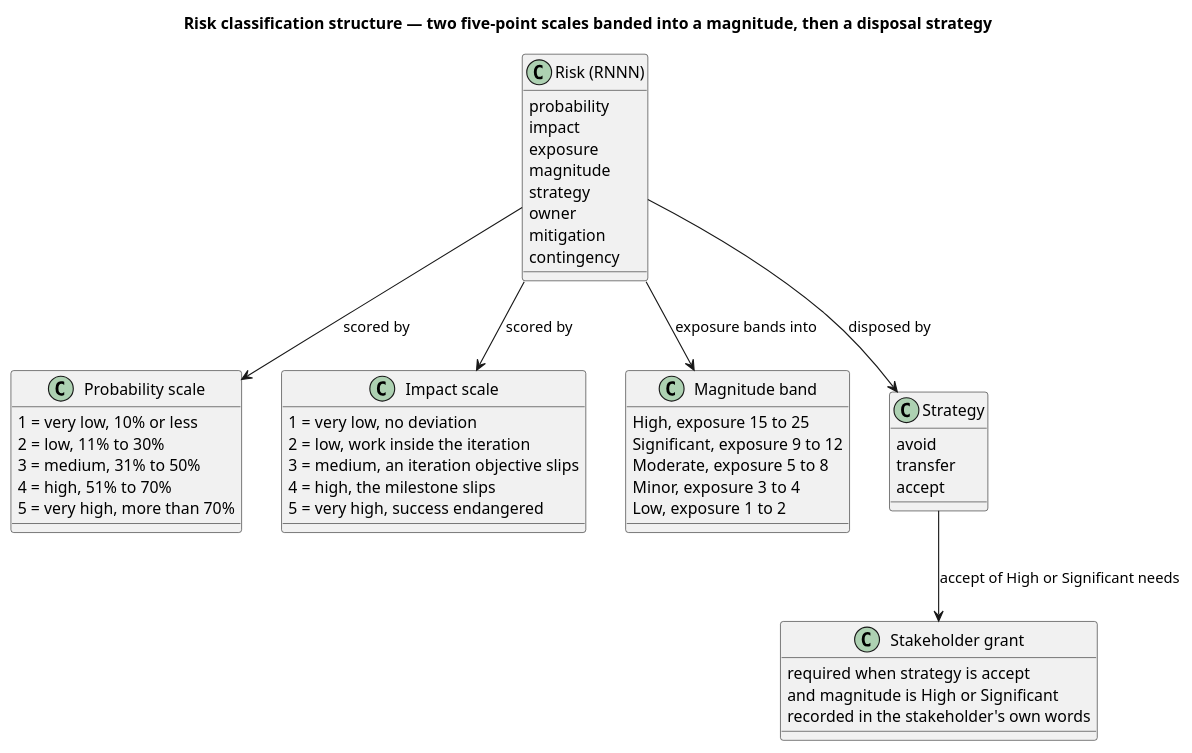
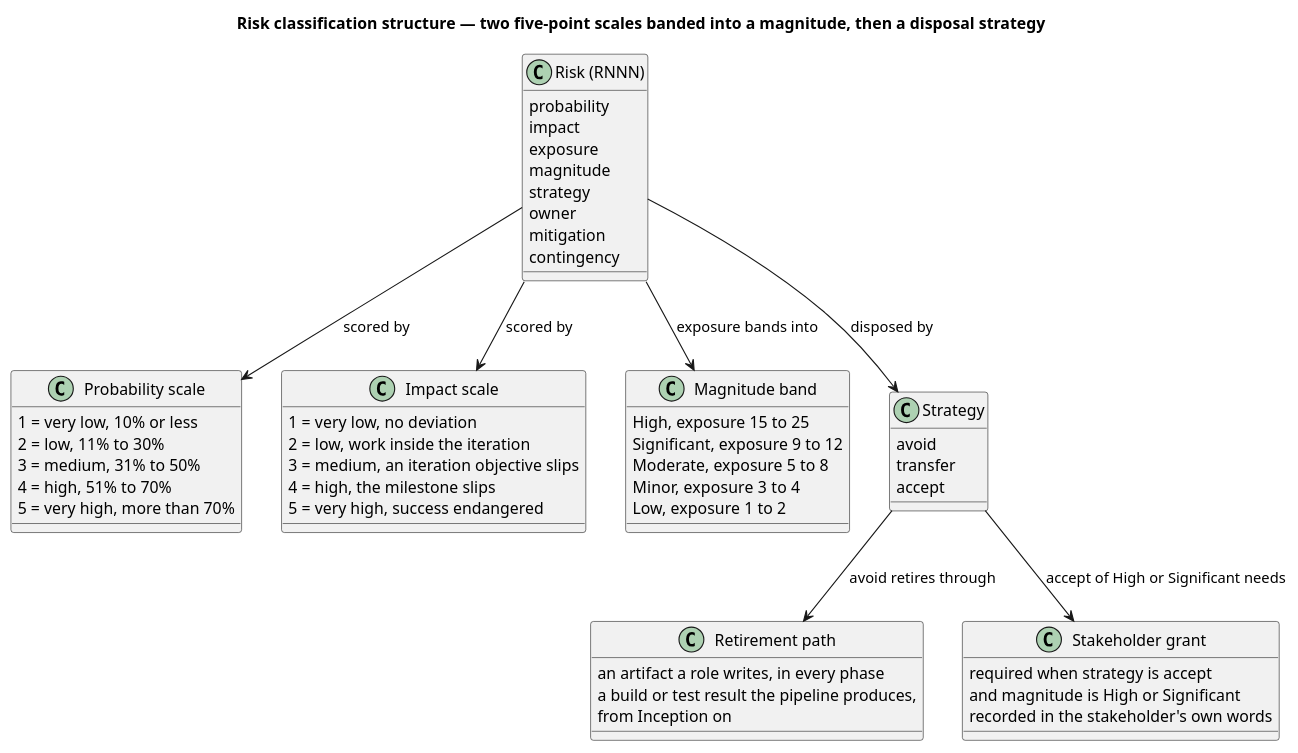
One commit to banense-test/TodoApp changed the first of 3 diagrams in docs/artifacts/project-management/risk-list.md. Above: the diagram before and after it, drawn with PlantUML. The commit also changed other lines of this file, not shown here.

Commit message:
Project Manager [Survey3]: upsert Risk List
[skip ci]

````diff
--- a/docs/artifacts/project-management/risk-list.md
+++ b/docs/artifacts/project-management/risk-list.md
@@ -9,60 +9,67 @@
 ```plantuml
 @startuml
 title Risk classification structure — two five-point scales banded into a magnitude, then a disposal strategy
 skinparam shadowing false
 skinparam classAttributeIconSize 0
 
 class "Risk (RNNN)" as RISK {
   probability
   impact
   exposure
   magnitude
   strategy
   owner
   mitigation
   contingency
 }
 
 class "Probability scale" as PROB {
   1 = very low, 10% or less
   2 = low, 11% to 30%
   3 = medium, 31% to 50%
   4 = high, 51% to 70%
   5 = very high, more than 70%
 }
 
 class "Impact scale" as IMP {
   1 = very low, no deviation
   2 = low, work inside the iteration
   3 = medium, an iteration objective slips
   4 = high, the milestone slips
   5 = very high, success endangered
 }
 
 class "Magnitude band" as MAG {
   High, exposure 15 to 25
   Significant, exposure 9 to 12
   Moderate, exposure 5 to 8
   Minor, exposure 3 to 4
   Low, exposure 1 to 2
 }
 
 class "Strategy" as STRAT {
   avoid
   transfer
   accept
 }
 
+class "Retirement path" as PATH {
+  an artifact a role writes, in every phase
+  a build or test result the pipeline produces,
+  from Inception on
+}
+
 class "Stakeholder grant" as GRANT {
   required when strategy is accept
   and magnitude is High or Significant
   recorded in the stakeholder's own words
 }
 
 RISK --> PROB : scored by
 RISK --> IMP : scored by
 RISK --> MAG : exposure bands into
 RISK --> STRAT : disposed by
+STRAT --> PATH : avoid retires through
 STRAT --> GRANT : accept of High or Significant needs
 @enduml
 ```
````
